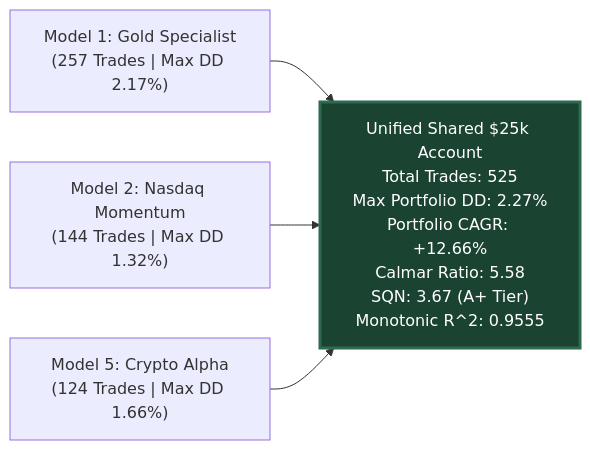
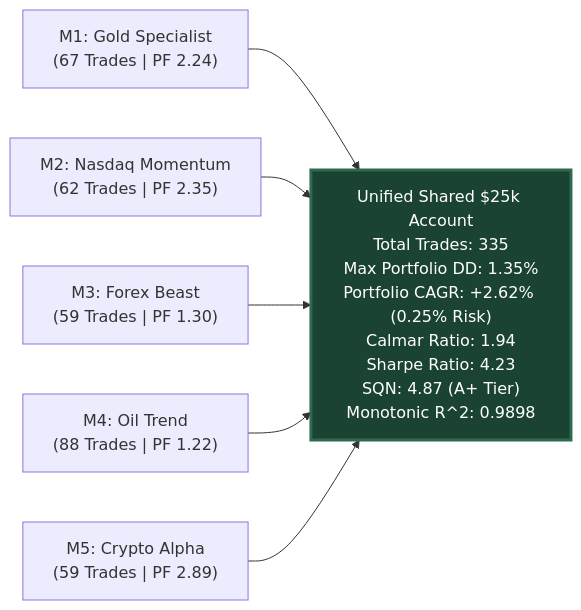
Before and after one commit to ugritchaichana/gold-quant-breakout-lab: the diagram in README.md, drawn with Mermaid. The commit also changed other lines of this file and 17 other files, not shown here.

Commit message:
feat(titans): 10-year multi-crisis master portfolio (2016-2026), 5-model champions, feasibility audit & advanced dashboard

````diff
--- a/README.md
+++ b/README.md
@@ -40,8 +44,10 @@
 ```mermaid
 flowchart LR
-    M1["Model 1: Gold Specialist<br/>(257 Trades | Max DD 2.17%)"] --> Port["Unified Shared $25k Account<br/>Total Trades: 525<br/>Max Portfolio DD: 2.27%<br/>Portfolio CAGR: +12.66%<br/>Calmar Ratio: 5.58<br/>SQN: 3.67 (A+ Tier)<br/>Monotonic R^2: 0.9555"]
-    M2["Model 2: Nasdaq Momentum<br/>(144 Trades | Max DD 1.32%)"] --> Port
-    M5["Model 5: Crypto Alpha<br/>(124 Trades | Max DD 1.66%)"] --> Port
+    M1["M1: Gold Specialist<br/>(67 Trades | PF 2.24)"] --> Port["Unified Shared $25k Account<br/>Total Trades: 335<br/>Max Portfolio DD: 1.35%<br/>Portfolio CAGR: +2.62% (0.25% Risk)<br/>Calmar Ratio: 1.94<br/>Sharpe Ratio: 4.23<br/>SQN: 4.87 (A+ Tier)<br/>Monotonic R^2: 0.9898"]
+    M2["M2: Nasdaq Momentum<br/>(62 Trades | PF 2.35)"] --> Port
+    M3["M3: Forex Beast<br/>(59 Trades | PF 1.30)"] --> Port
+    M4["M4: Oil Trend<br/>(88 Trades | PF 1.22)"] --> Port
+    M5["M5: Crypto Alpha<br/>(59 Trades | PF 2.89)"] --> Port
 
     style Port fill:#1b4332,stroke:#2d6a4f,stroke-width:3px,color:#fff
 ```
````
